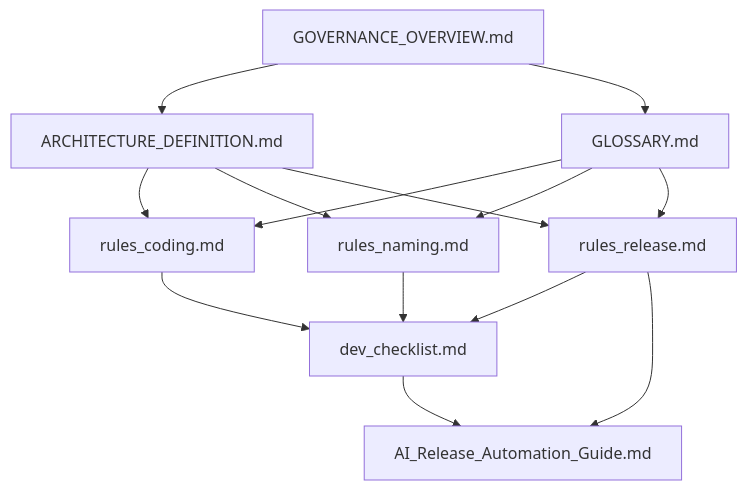
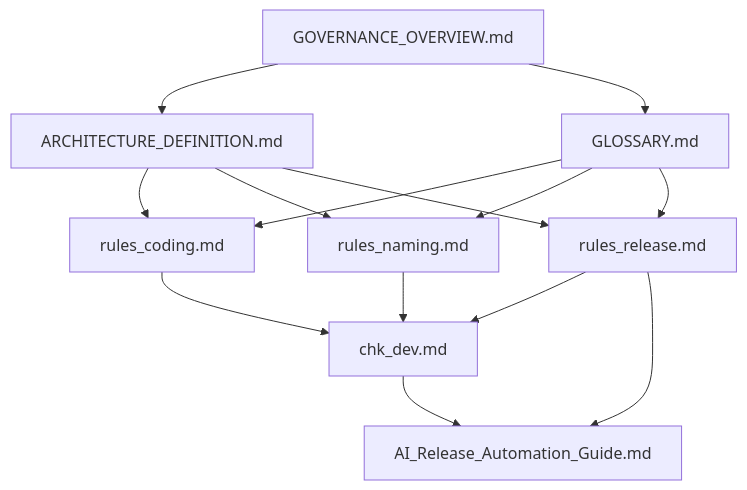
Before and after one commit to lukagithub/archpilot_core: the diagram in README.md, drawn with Mermaid. The commit also changed other lines of this file and 27 other files, not shown here.

````diff
--- a/README.md
+++ b/README.md
@@ -148,16 +148,16 @@
 ```mermaid
 graph TD
     A[GOVERNANCE_OVERVIEW.md] --> B[ARCHITECTURE_DEFINITION.md]
     A --> C[GLOSSARY.md]
     B --> D[rules_coding.md]
     B --> E[rules_naming.md]
     B --> F[rules_release.md]
     C --> D
     C --> E
     C --> F
-    D --> G[dev_checklist.md]
+    D --> G[chk_dev.md]
     E --> G
     F --> G
     F --> H[AI_Release_Automation_Guide.md]
     G --> H
 ```
````
